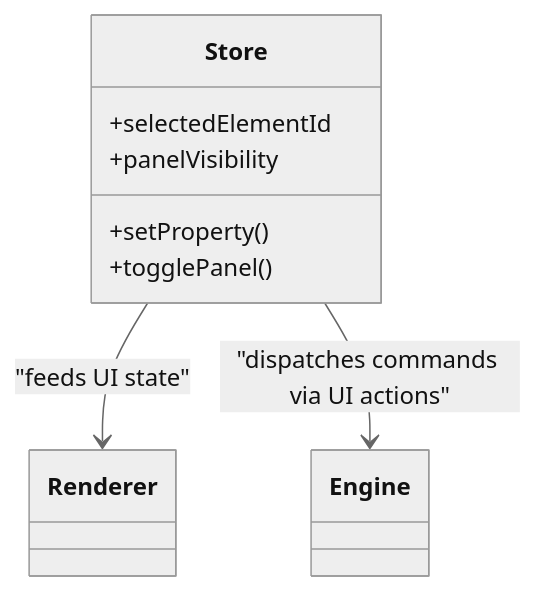
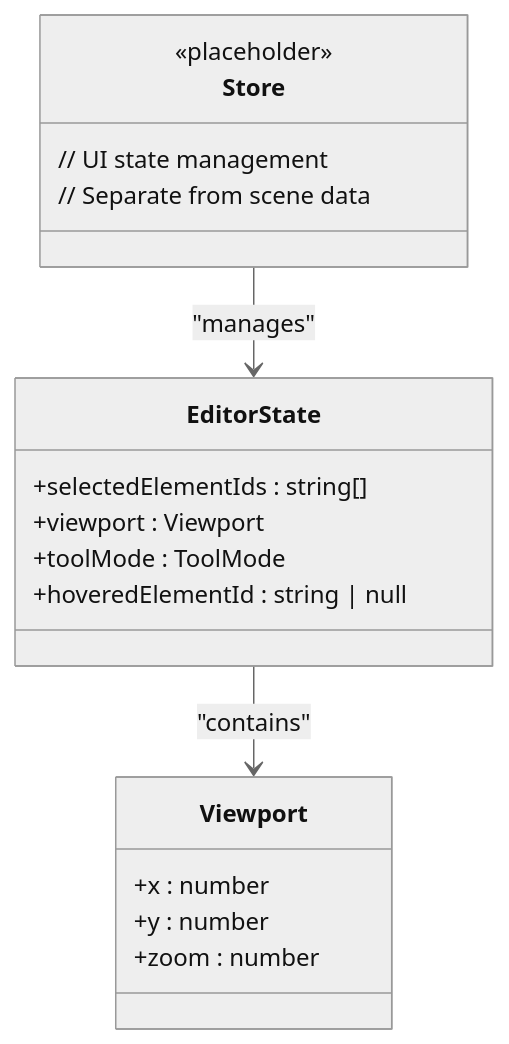
Before and after one commit to Anna0314zy/ai_editor_enginer: the fifth of 8 diagrams in .qoder/repowiki/en/content/Architecture Overview/Architecture Overview.md, drawn with Mermaid (neutral theme). The commit also changed other lines of this file and 41 other files, not shown here.

````diff
--- a/.qoder/repowiki/en/content/Architecture Overview/Architecture Overview.md
+++ b/.qoder/repowiki/en/content/Architecture Overview/Architecture Overview.md
@@ -230,11 +291,21 @@
 ```mermaid
 classDiagram
 class Store {
-+selectedElementId
-+panelVisibility
-+setProperty()
-+togglePanel()
+<<placeholder>>
+// UI state management
+// Separate from scene data
 }
-Store --> Renderer : "feeds UI state"
-Store --> Engine : "dispatches commands via UI actions"
+class EditorState {
++selectedElementIds : string[]
++viewport : Viewport
++toolMode : ToolMode
++hoveredElementId : string | null
+}
+class Viewport {
++x : number
++y : number
++zoom : number
+}
+Store --> EditorState : "manages"
+EditorState --> Viewport : "contains"
 ```
````
